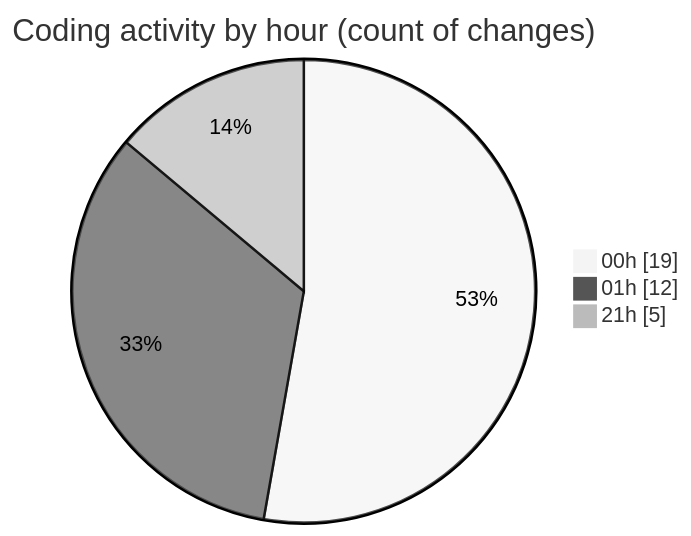
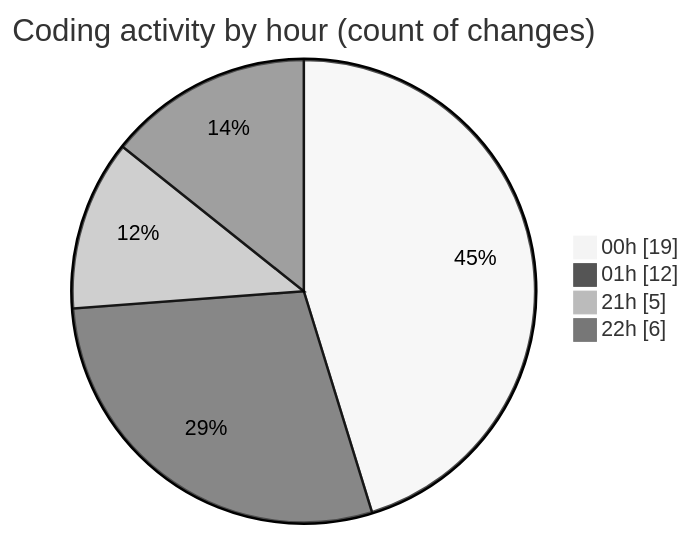
The second of 2 diagrams in 2025-12-11/technologie_web/README.md (hasnaa123/code-tracking), drawn with Mermaid (neutral theme) before and after one commit. The commit also changed other lines of this file and 1 other file, not shown here.

````diff
--- a/2025-12-11/technologie_web/README.md
+++ b/2025-12-11/technologie_web/README.md
@@ -33,7 +33,8 @@
 ```mermaid
 pie showData
 title Coding activity by hour (count of changes)
 "00h" : 19
 "01h" : 12
 "21h" : 5
+"22h" : 6
 ```
````
